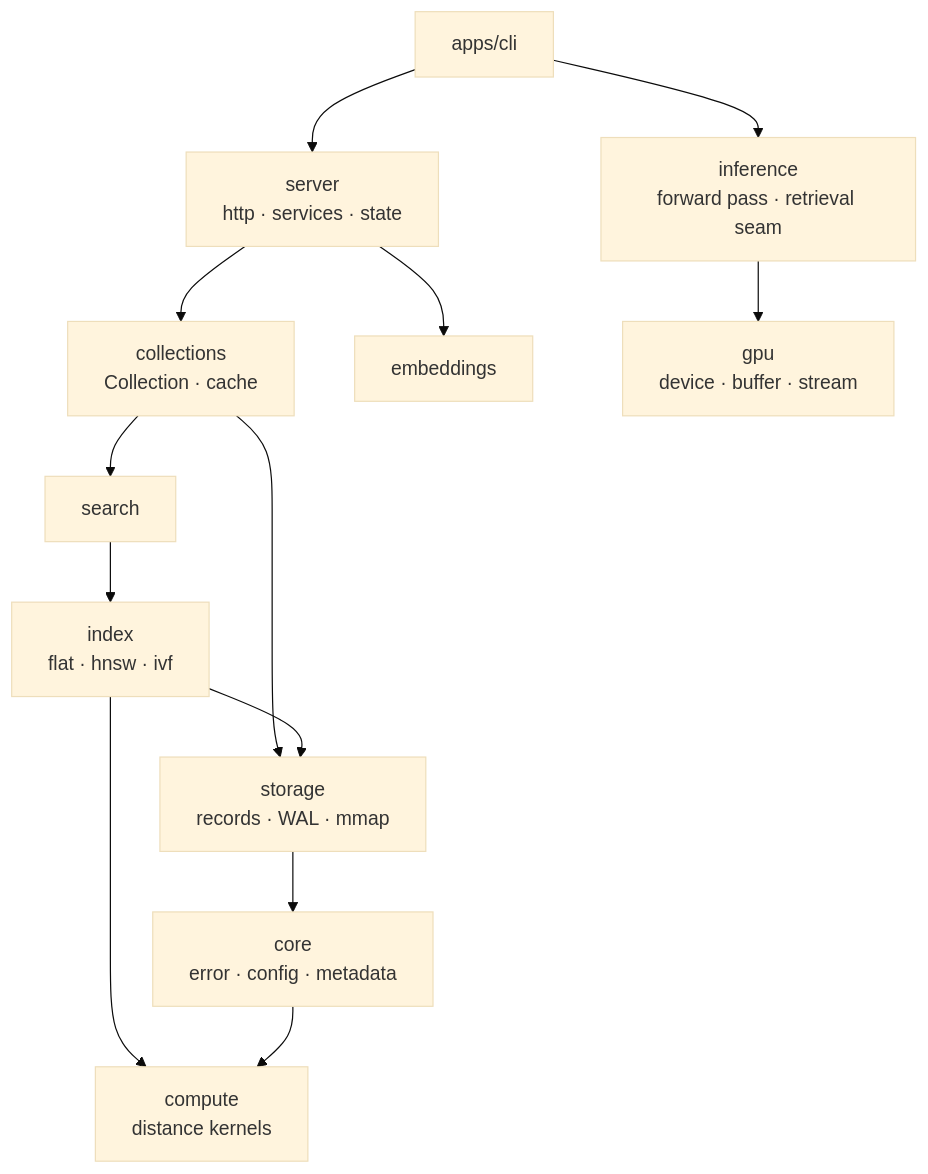
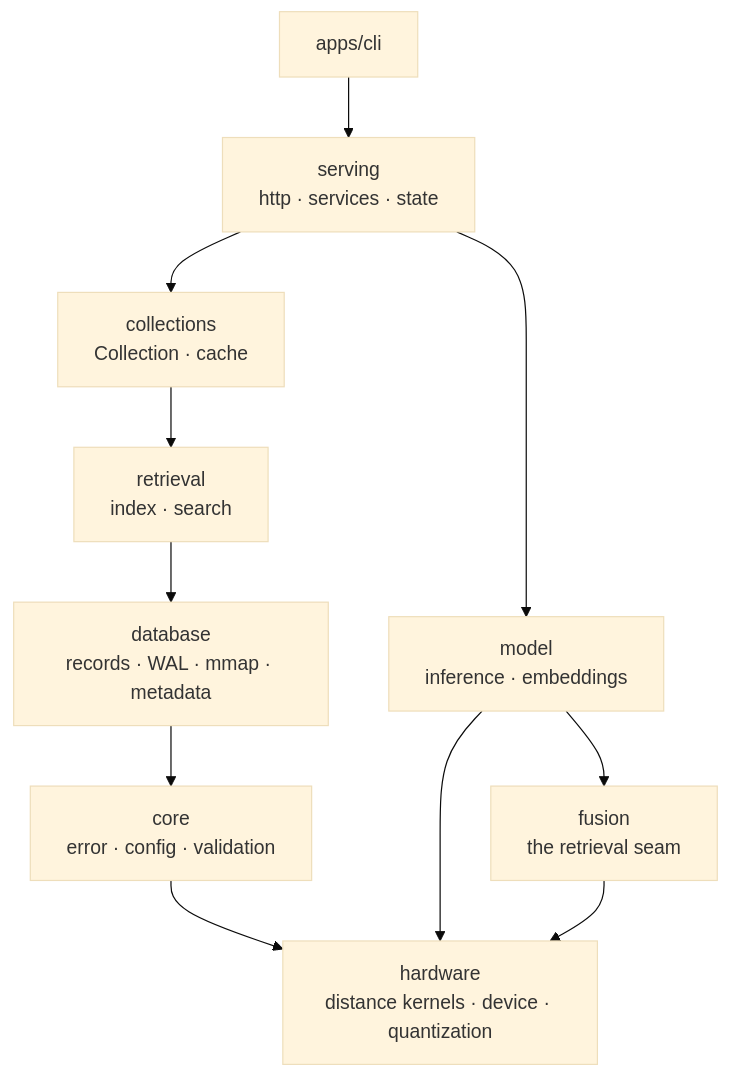
Before and after one commit to ashworks1706/Piramid: the diagram in README.md, drawn with Mermaid (base theme). The commit also changed other lines of this file and 261 other files, not shown here.

````diff
--- a/README.md
+++ b/README.md
@@ -35,27 +35,23 @@
 ```mermaid
 flowchart TD
     CLI[apps/cli]
-    Server[server<br/>http · services · state]
-    Inference[inference<br/>forward pass · retrieval seam]
+    Serving[serving<br/>http · services · state]
+    Model[model<br/>inference · embeddings]
+    Fusion[fusion<br/>the retrieval seam]
     Collections[collections<br/>Collection · cache]
-    Embeddings[embeddings]
-    Search[search]
-    Index[index<br/>flat · hnsw · ivf]
-    Storage[storage<br/>records · WAL · mmap]
-    Core[core<br/>error · config · metadata]
-    Compute[compute<br/>distance kernels]
-    Gpu[gpu<br/>device · buffer · stream]
+    Retrieval[retrieval<br/>index · search]
+    Database[database<br/>records · WAL · mmap · metadata]
+    Core[core<br/>error · config · validation]
+    Hardware[hardware<br/>distance kernels · device · quantization]
 
-    CLI --> Server
-    CLI --> Inference
-    Server --> Collections
-    Server --> Embeddings
-    Inference --> Gpu
-    Collections --> Search
-    Collections --> Storage
-    Search --> Index
-    Index --> Storage
-    Index --> Compute
-    Storage --> Core
-    Core --> Compute
+    CLI --> Serving
+    Serving --> Collections
+    Serving --> Model
+    Collections --> Retrieval
+    Retrieval --> Database
+    Model --> Fusion
+    Database --> Core
+    Core --> Hardware
+    Model --> Hardware
+    Fusion --> Hardware
 ```
````
